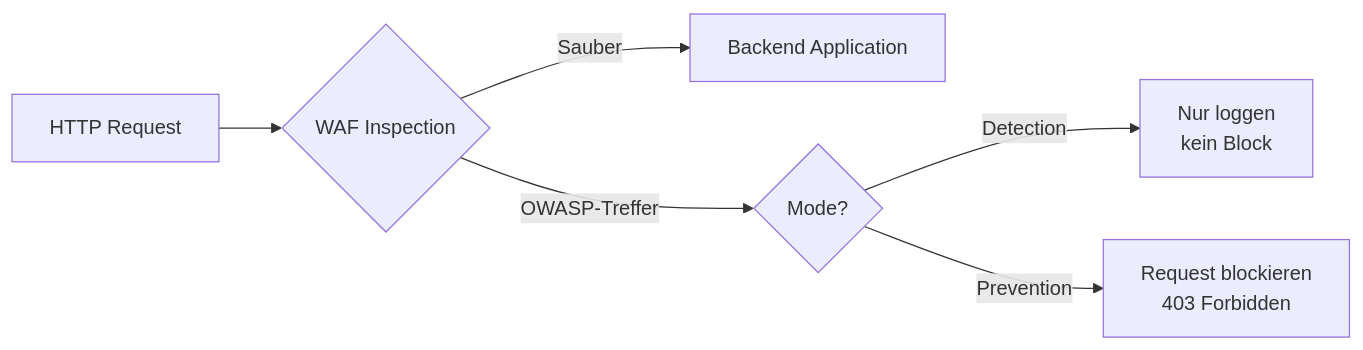
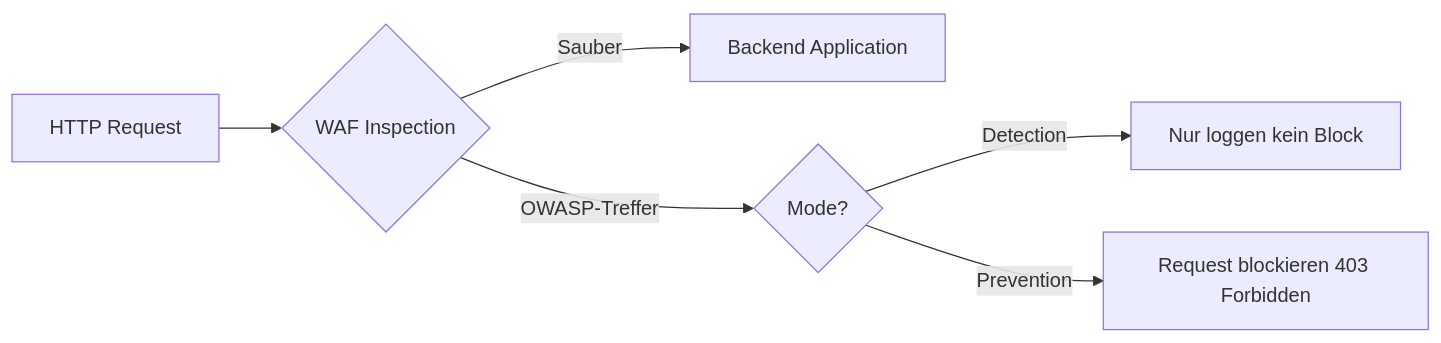
One commit to SoniiiT/notes-n-docs changed the second of 6 diagrams in Microsoft 365/Azure/Netzwerk/Azure Application Gateway.md. Above: the diagram before and after it, drawn with Mermaid. The commit also changed other lines of this file and 124 other files, not shown here.

First line of the commit message:
fix: Entferne \n aus allen Mermaid-Diagrammen (125 Dateien)

````diff
--- a/Microsoft 365/Azure/Netzwerk/Azure Application Gateway.md
+++ b/Microsoft 365/Azure/Netzwerk/Azure Application Gateway.md
@@ -63,8 +63,8 @@
 ```mermaid
 graph LR
     REQ[HTTP Request] --> WAF{WAF Inspection}
     WAF -->|Sauber| APP[Backend Application]
     WAF -->|OWASP-Treffer| ACTION{Mode?}
-    ACTION -->|Detection| LOG[Nur loggen\nkein Block]
-    ACTION -->|Prevention| BLOCK[Request blockieren\n403 Forbidden]
+    ACTION -->|Detection| LOG[Nur loggen kein Block]
+    ACTION -->|Prevention| BLOCK[Request blockieren 403 Forbidden]
 ```
````
